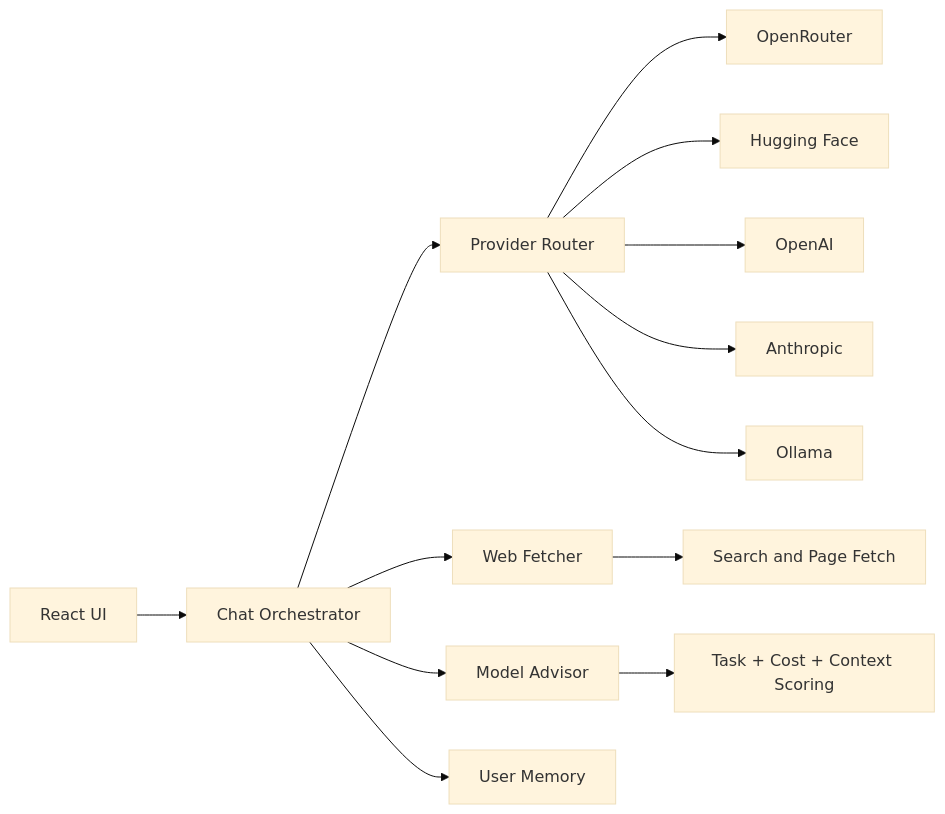
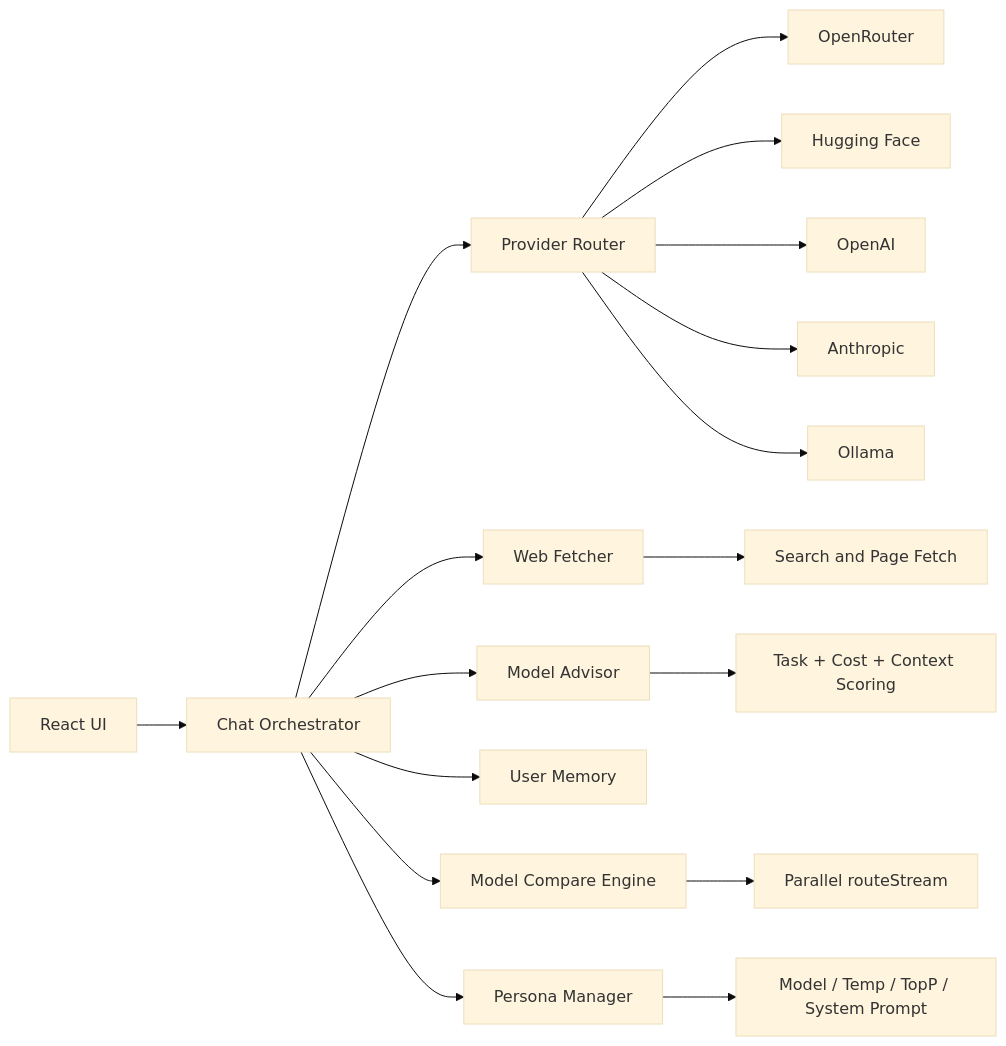
One commit to kaone31056789/KritakaPrajna changed the diagram in README.md. Above: the diagram before and after it, drawn with Mermaid (base theme). The commit also changed other lines of this file and 204 other files, not shown here.

````diff
--- a/README.md
+++ b/README.md
@@ -129,17 +198,21 @@
 ```mermaid
 flowchart LR
   UI[React UI] --> ORCH[Chat Orchestrator]
   ORCH --> ROUTER[Provider Router]
   ORCH --> WEB[Web Fetcher]
   ORCH --> ADVISE[Model Advisor]
   ORCH --> MEM[User Memory]
+  ORCH --> COMPARE[Model Compare Engine]
+  ORCH --> PERSONA[Persona Manager]
 
   ROUTER --> OR[OpenRouter]
   ROUTER --> HF[Hugging Face]
   ROUTER --> OA[OpenAI]
   ROUTER --> AN[Anthropic]
   ROUTER --> OL[Ollama]
 
   WEB --> FETCH[Search and Page Fetch]
   ADVISE --> SCORE[Task + Cost + Context Scoring]
+  COMPARE --> DUAL[Parallel routeStream]
+  PERSONA --> OVERRIDE[Model / Temp / TopP / System Prompt]
 ```
````
